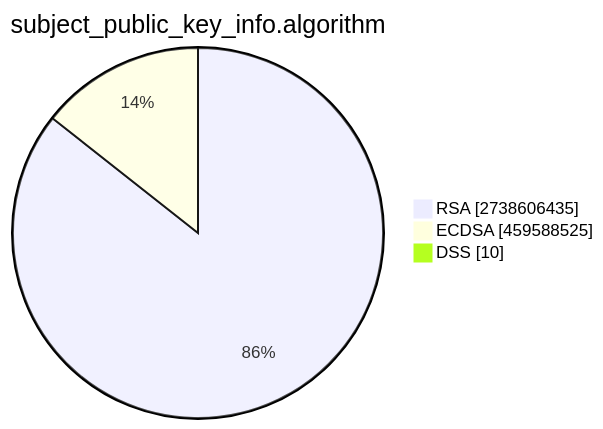
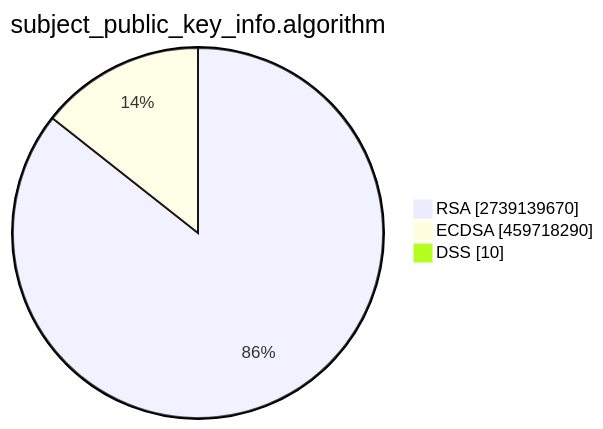
Before and after one commit to christiankrug/ctmonitor_visualization: the second of 15 diagrams in TOTAL/README.md, drawn with Mermaid. The commit also changed other lines of this file, not shown here.

````diff
--- a/TOTAL/README.md
+++ b/TOTAL/README.md
@@ -6,7 +6,7 @@
 ```mermaid
 pie showData
 title subject_public_key_info.algorithm
-"RSA" :2738606435
-"ECDSA" :459588525
+"RSA" :2739139670
+"ECDSA" :459718290
 "DSS" :10
 ```
````
